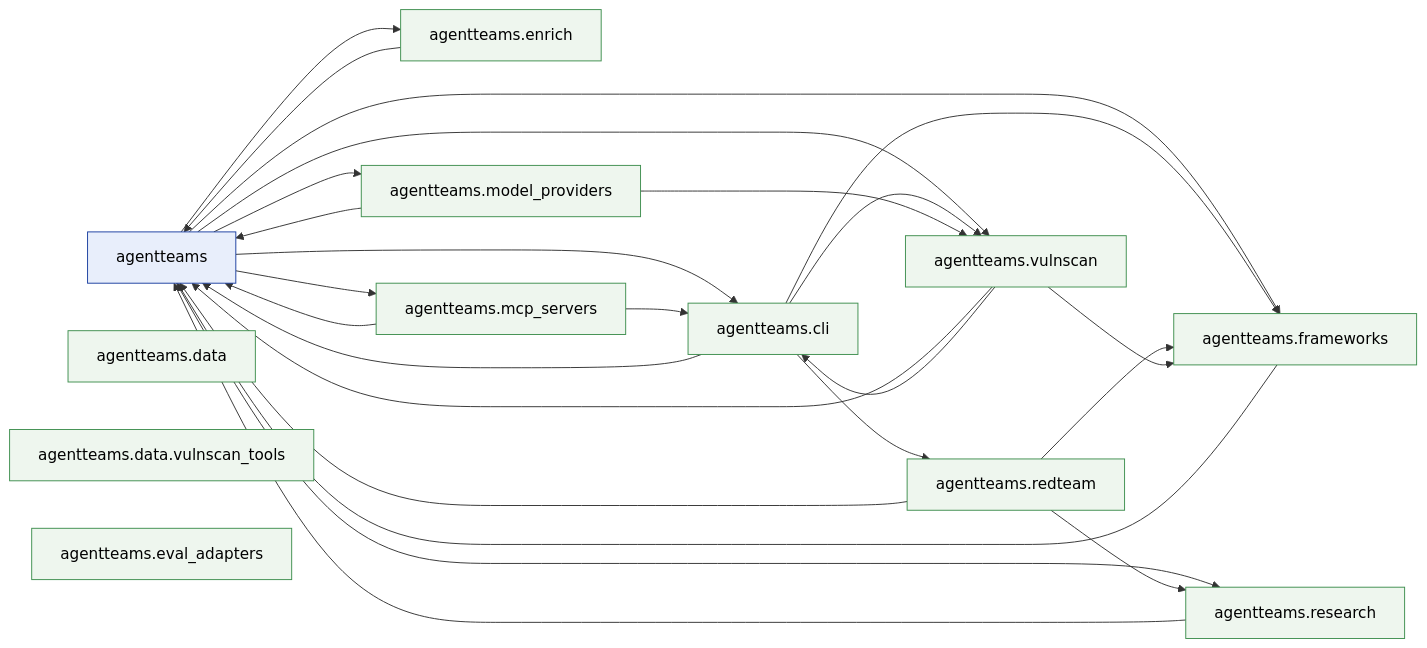
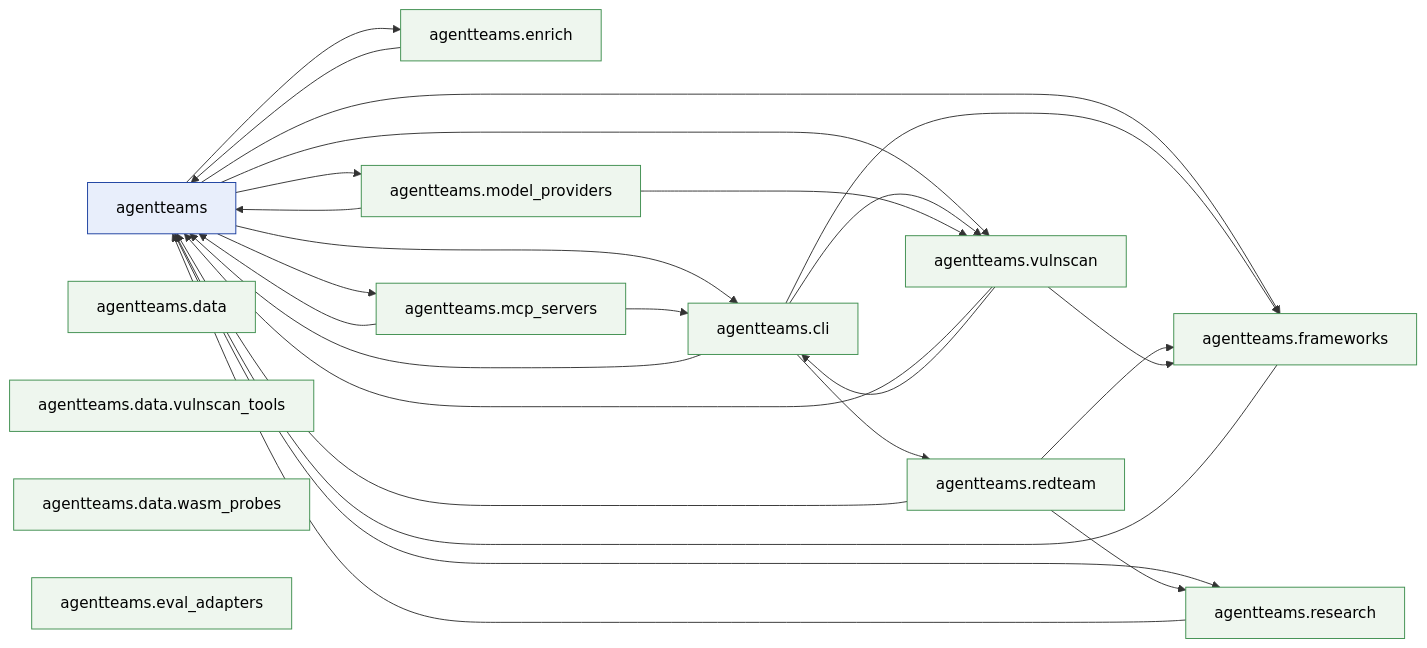
Before and after one commit to jlcatonjr/agentteams: the first of 2 diagrams in references/architecture-graph.md, drawn with Mermaid. The commit also changed other lines of this file and 5 other files, not shown here.

````diff
--- a/references/architecture-graph.md
+++ b/references/architecture-graph.md
@@ -433,53 +436,55 @@
 ```mermaid
 flowchart LR
     classDef root fill:#e8eefb,stroke:#1b3fa0,color:#000
     classDef sub  fill:#eef6ee,stroke:#3f8f4f,color:#000
     agentteams["agentteams"]
     class agentteams root
     agentteams_cli["agentteams.cli"]
     class agentteams_cli sub
     agentteams_data["agentteams.data"]
     class agentteams_data sub
     agentteams_data_vulnscan_tools["agentteams.data.vulnscan_tools"]
     class agentteams_data_vulnscan_tools sub
+    agentteams_data_wasm_probes["agentteams.data.wasm_probes"]
+    class agentteams_data_wasm_probes sub
     agentteams_enrich["agentteams.enrich"]
     class agentteams_enrich sub
     agentteams_eval_adapters["agentteams.eval_adapters"]
     class agentteams_eval_adapters sub
     agentteams_frameworks["agentteams.frameworks"]
     class agentteams_frameworks sub
     agentteams_mcp_servers["agentteams.mcp_servers"]
     class agentteams_mcp_servers sub
     agentteams_model_providers["agentteams.model_providers"]
     class agentteams_model_providers sub
     agentteams_redteam["agentteams.redteam"]
     class agentteams_redteam sub
     agentteams_research["agentteams.research"]
     class agentteams_research sub
     agentteams_vulnscan["agentteams.vulnscan"]
     class agentteams_vulnscan sub
     agentteams --> agentteams_cli
     agentteams --> agentteams_enrich
     agentteams --> agentteams_frameworks
     agentteams --> agentteams_mcp_servers
     agentteams --> agentteams_model_providers
     agentteams --> agentteams_research
     agentteams --> agentteams_vulnscan
     agentteams_cli --> agentteams
     agentteams_cli --> agentteams_frameworks
     agentteams_cli --> agentteams_redteam
     agentteams_cli --> agentteams_vulnscan
     agentteams_enrich --> agentteams
     agentteams_frameworks --> agentteams
     agentteams_mcp_servers --> agentteams
     agentteams_mcp_servers --> agentteams_cli
     agentteams_model_providers --> agentteams
     agentteams_model_providers --> agentteams_vulnscan
     agentteams_redteam --> agentteams
     agentteams_redteam --> agentteams_frameworks
     agentteams_redteam --> agentteams_research
     agentteams_research --> agentteams
     agentteams_vulnscan --> agentteams
     agentteams_vulnscan --> agentteams_cli
     agentteams_vulnscan --> agentteams_frameworks
 ```
````
